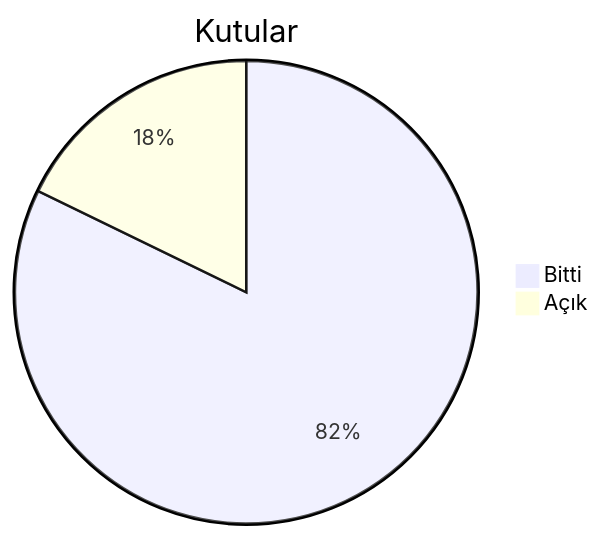
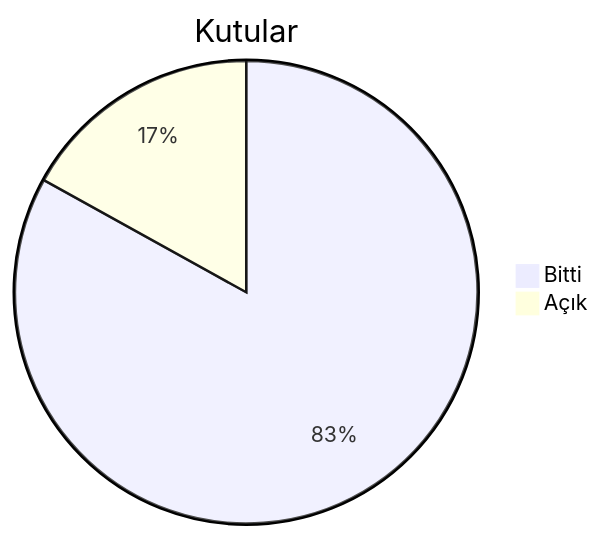
One commit to dogancanyildiz/kenet changed the second of 4 diagrams in docs/roadmap.md. Above: the diagram before and after it, drawn with Mermaid. The commit also changed other lines of this file and 2 other files, not shown here.

````diff
--- a/docs/roadmap.md
+++ b/docs/roadmap.md
@@ -43,5 +43,5 @@
 ```mermaid
 pie title Kutular
-    "Bitti" : 97
-    "Açık" : 21
+    "Bitti" : 98
+    "Açık" : 20
 ```
````
